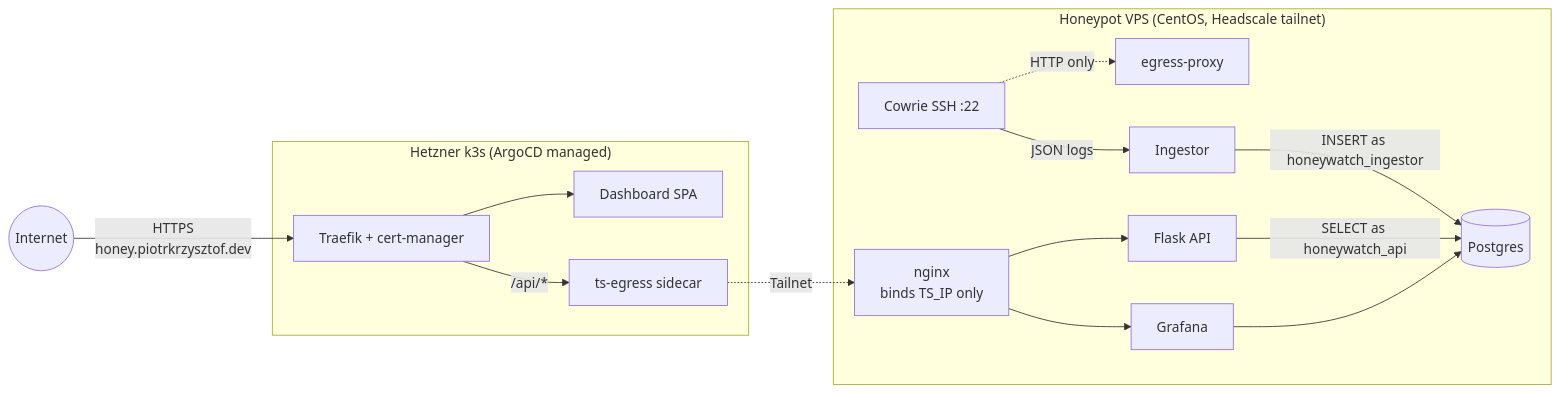
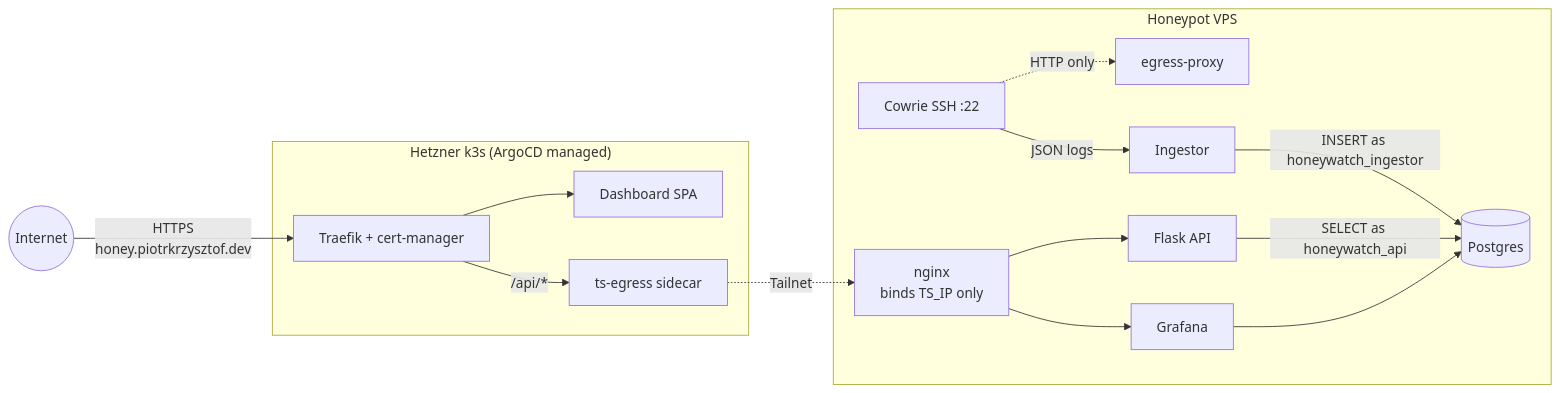
The diagram in README.md (straightchlorine/honeywatch), drawn with Mermaid before and after one commit. The commit also changed other lines of this file and 23 other files, not shown here.

````diff
--- a/README.md
+++ b/README.md
@@ -12,20 +12,20 @@
 ```mermaid
 graph LR
-    subgraph honeypot["Honeypot VPS (CentOS, Headscale tailnet)"]
+    subgraph honeypot["Honeypot VPS"]
         Cowrie[Cowrie SSH :22] -.->|HTTP only| Egress[egress-proxy]
         Cowrie -->|JSON logs| Ingestor
         Ingestor -->|INSERT as honeywatch_ingestor| PG[(Postgres)]
         API[Flask API] -->|SELECT as honeywatch_api| PG
         Grafana --> PG
         Nginx[nginx<br/>binds TS_IP only] --> API
         Nginx --> Grafana
     end
 
     subgraph k3s["Hetzner k3s (ArgoCD managed)"]
         Traefik[Traefik + cert-manager] --> Dashboard[Dashboard SPA]
         Traefik -->|/api/*| TSE[ts-egress sidecar]
     end
 
     Net((Internet)) -->|HTTPS<br/>honey.piotrkrzysztof.dev| Traefik
     TSE -.->|Tailnet| Nginx
 ```
````
